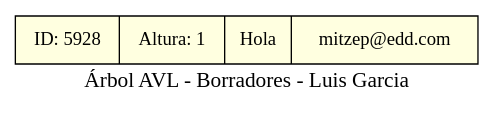
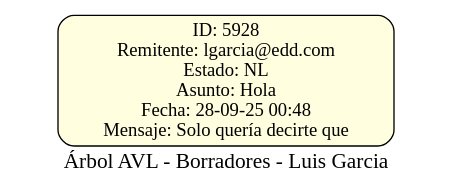
The diagram in Fase1/src/lgarcia-Reportes/borradores_lgarcia.dot (JoseArt777/-EDD-1S2025_202100305), drawn with Graphviz before and after one commit. The commit also changed 8 other files, not shown here.

```diff
--- a/Fase1/src/lgarcia-Reportes/borradores_lgarcia.dot
+++ b/Fase1/src/lgarcia-Reportes/borradores_lgarcia.dot
@@ -1,6 +1,6 @@
 digraph G {
     label="Árbol AVL - Borradores - Luis Garcia";
     fontsize=16;
     node [shape=record, style=filled, fillcolor=lightyellow];
-    nodo_5928 [label="ID: 5928|Altura: 1|Hola|mitzep@edd.com"];
+    nodo_5928 [label="ID: 5928\nRemitente: lgarcia@edd.com\nEstado: NL\nAsunto: Hola\nFecha: 28-09-25 00:48\nMensaje: Solo quería decirte que", shape=box, style="filled,rounded", fillcolor=lightyellow];
 }
```
